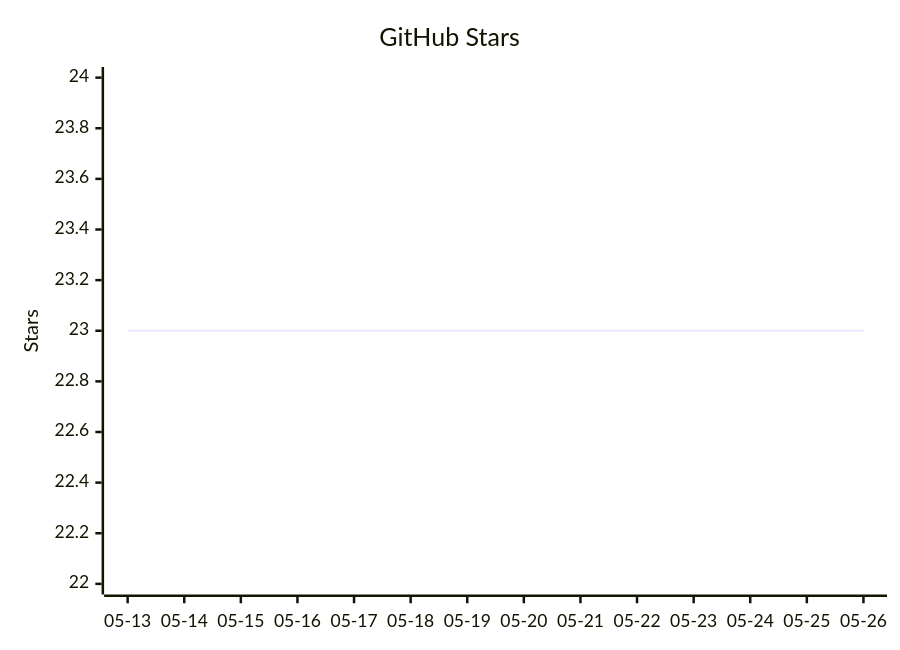
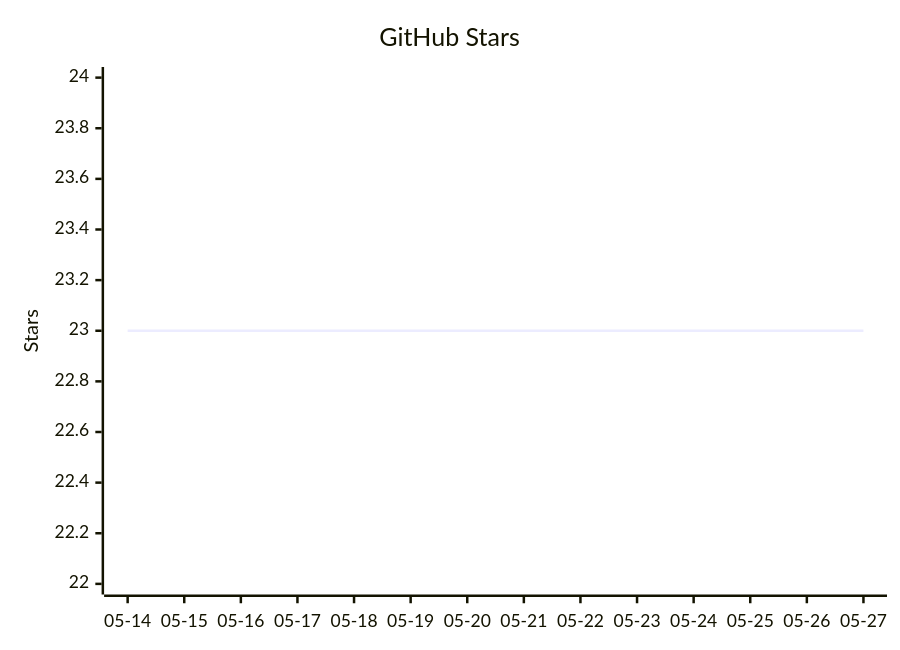
The diagram in README.mbt.md (vectie/moonclaw), drawn with Mermaid before and after one commit. The commit also changed other lines of this file and 1 other file, not shown here.

Commit message:
Update README star growth

````diff
--- a/README.mbt.md
+++ b/README.mbt.md
@@ -490,7 +490,7 @@
 ```mermaid
 xychart-beta
     title "GitHub Stars"
-    x-axis ["05-13","05-14","05-15","05-16","05-17","05-18","05-19","05-20","05-21","05-22","05-23","05-24","05-25","05-26"]
+    x-axis ["05-14","05-15","05-16","05-17","05-18","05-19","05-20","05-21","05-22","05-23","05-24","05-25","05-26","05-27"]
     y-axis "Stars" 22 --> 24
     line [23,23,23,23,23,23,23,23,23,23,23,23,23,23]
 ```
````
